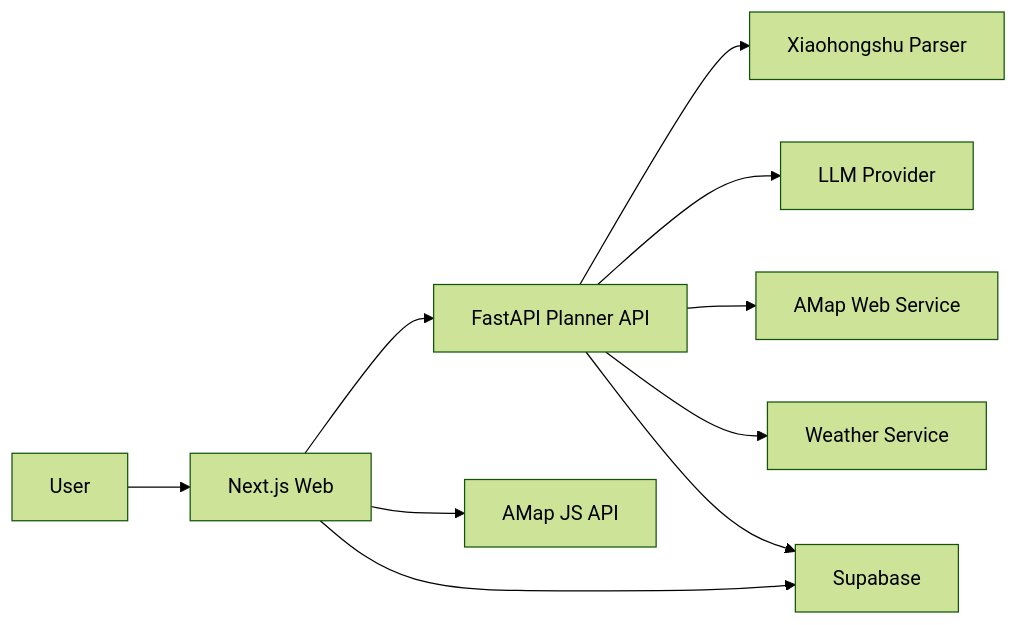
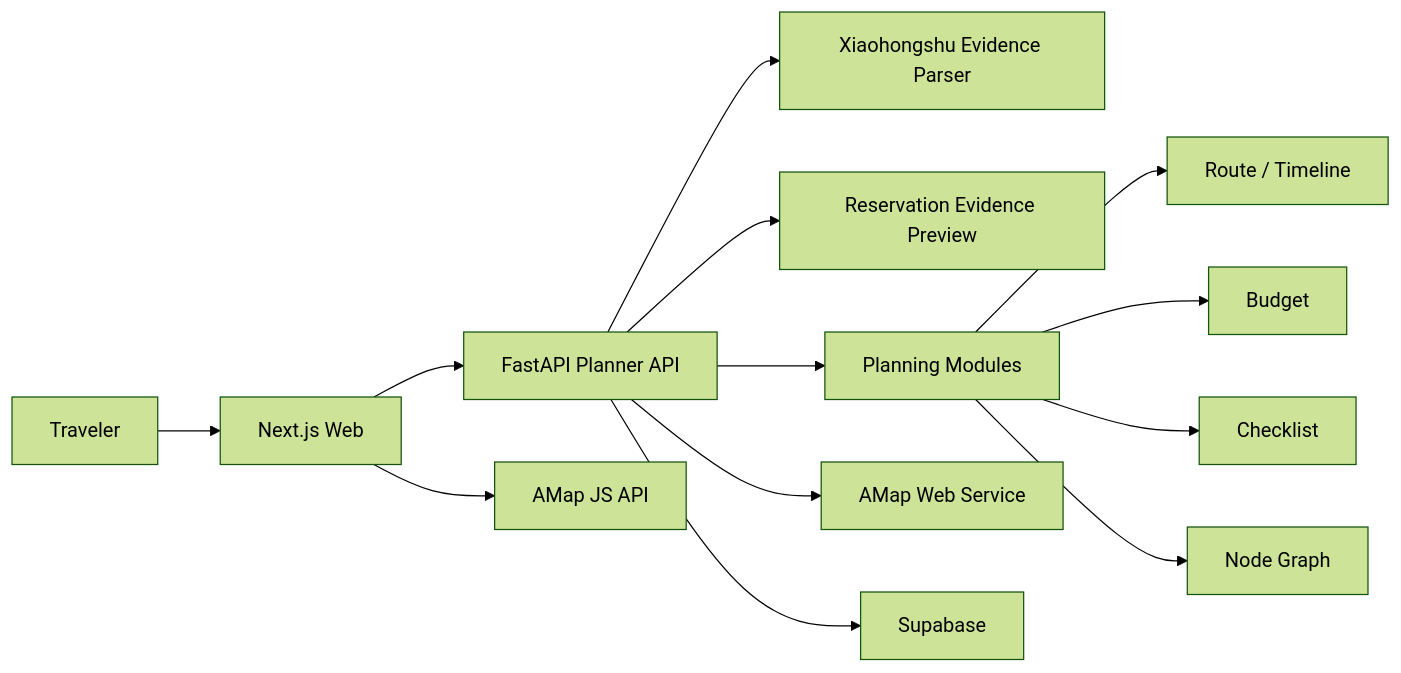
Before and after one commit to olivia-happy/visitors: the first of 2 diagrams in README.md, drawn with Mermaid (forest theme). The commit also changed other lines of this file and 71 other files, not shown here.

````diff
--- a/README.md
+++ b/README.md
@@ -191,13 +80,15 @@
 ```mermaid
 flowchart LR
-    U[User] --> W[Next.js Web]
-    W --> API[FastAPI Planner API]
-    W --> MAP[AMap JS API]
-    W --> SB[Supabase]
-
-    API --> XHS[Xiaohongshu Parser]
-    API --> LLM[LLM Provider]
-    API --> GEO[AMap Web Service]
-    API --> WX[Weather Service]
-    API --> SB
+    U["Traveler"] --> W["Next.js Web"]
+    W --> API["FastAPI Planner API"]
+    W --> AJS["AMap JS API"]
+    API --> XHS["Xiaohongshu Evidence Parser"]
+    API --> EP["Reservation Evidence Preview"]
+    API --> PLAN["Planning Modules"]
+    API --> AWS["AMap Web Service"]
+    API --> SB["Supabase"]
+    PLAN --> ROUTE["Route / Timeline"]
+    PLAN --> BUDGET["Budget"]
+    PLAN --> CHECK["Checklist"]
+    PLAN --> GRAPH["Node Graph"]
 ```
````
